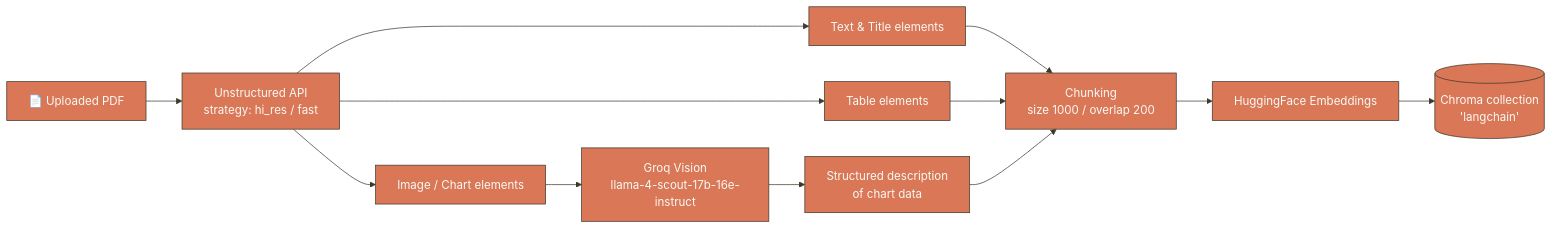
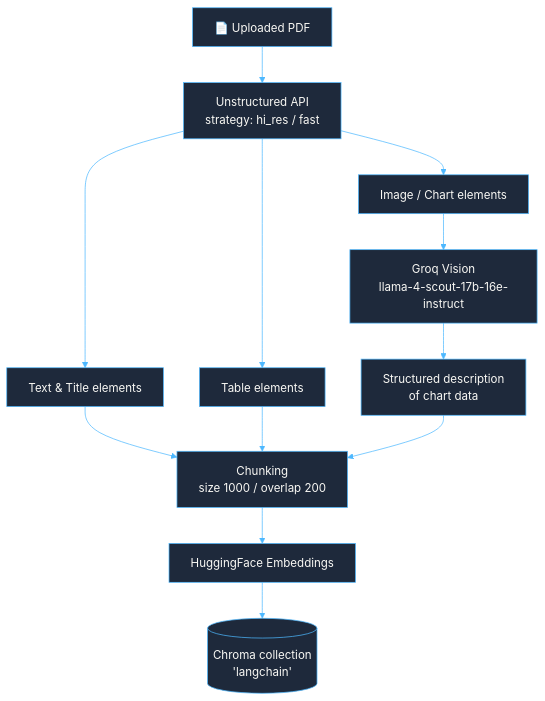
One commit to Invicta0305/Financial--QA changed the third of 5 diagrams in README.md. Above: the diagram before and after it, drawn with Mermaid. The commit also changed other lines of this file, not shown here.

````diff
--- a/README.md
+++ b/README.md
@@ -193,25 +175,25 @@
 ```mermaid
 %%{init: {'theme':'base', 'themeVariables': {
-  'primaryColor': '#D97757',
+  'primaryColor': '#1E293B',
   'primaryTextColor': '#FAF9F5',
-  'primaryBorderColor': '#3D3929',
-  'lineColor': '#3D3929',
-  'secondaryColor': '#F0EEE6',
-  'tertiaryColor': '#FAF9F5'
+  'primaryBorderColor': '#4DB8FF',
+  'lineColor': '#4DB8FF',
+  'secondaryColor': '#0F172A',
+  'tertiaryColor': '#1E293B'
 }}}%%
-flowchart LR
+flowchart TD
     PDF[📄 Uploaded PDF] --> PART[Unstructured API<br/>strategy: hi_res / fast]
     PART --> TXT[Text & Title elements]
     PART --> TBL[Table elements]
     PART --> IMG[Image / Chart elements]
 
     IMG --> GVIS[Groq Vision<br/>llama-4-scout-17b-16e-instruct]
     GVIS --> STRUCT[Structured description<br/>of chart data]
 
     TXT --> CHUNK[Chunking<br/>size 1000 / overlap 200]
     TBL --> CHUNK
     STRUCT --> CHUNK
 
     CHUNK --> EMB[HuggingFace Embeddings]
     EMB --> COLLECTION[(Chroma collection<br/>'langchain')]
 ```
````
